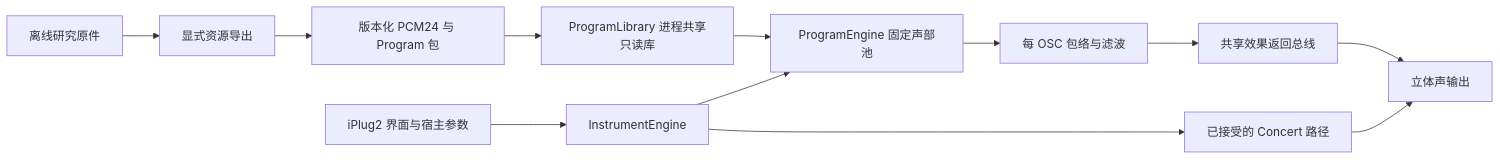
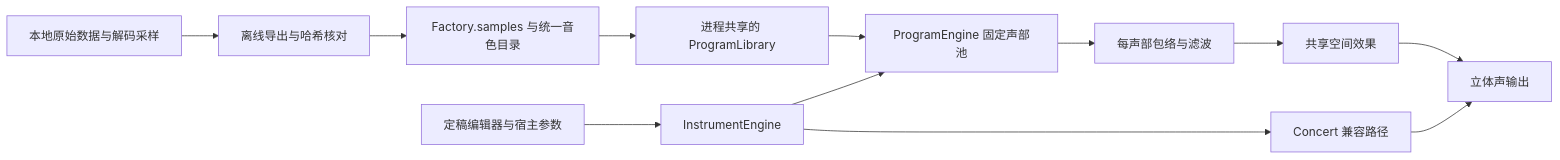
Before and after one commit to shiftz300/krose: the diagram in docs/NATIVE_ARCHITECTURE.md, drawn with Mermaid. The commit also changed other lines of this file and 27 other files, not shown here.

Commit message:
instrument: load all factory, GM and expansion programs

````diff
--- a/docs/NATIVE_ARCHITECTURE.md
+++ b/docs/NATIVE_ARCHITECTURE.md
@@ -9,14 +7,14 @@
 ```mermaid
 flowchart LR
-    R[离线研究原件] --> X[显式资源导出]
-    X --> B[版本化 PCM24 与 Program 包]
-    B --> L[ProgramLibrary 进程共享只读库]
+    R[本地原始数据与解码采样] --> X[离线导出与哈希核对]
+    X --> B[Factory.samples 与统一音色目录]
+    B --> L[进程共享的 ProgramLibrary]
     L --> E[ProgramEngine 固定声部池]
-    U[iPlug2 界面与宿主参数] --> I[InstrumentEngine]
+    U[定稿编辑器与宿主参数] --> I[InstrumentEngine]
     I --> E
-    I --> C[已接受的 Concert 路径]
-    E --> F[每 OSC 包络与滤波]
-    F --> S[共享效果返回总线]
+    I --> C[Concert 兼容路径]
+    E --> F[每声部包络与滤波]
+    F --> S[共享空间效果]
     S --> O[立体声输出]
     C --> O
 ```
````
